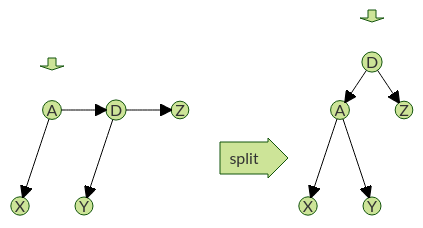
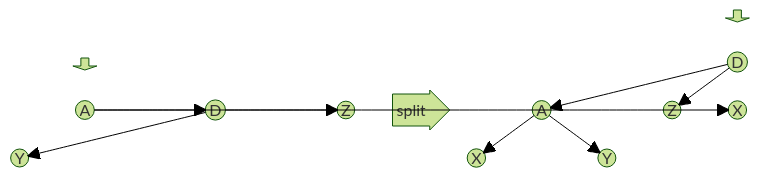
One commit to BenhurUFSM/l226b changed the third of 3 diagrams in Assuntos/arvore-aa.md. Above: the diagram before and after it, drawn with Mermaid (forest theme).

````diff
--- a/Assuntos/arvore-aa.md
+++ b/Assuntos/arvore-aa.md
@@ -72,17 +72,17 @@
 ```mermaid
 block
   columns 13
   space:11 p2<[" "]>(down) space
   space p1<[" "]>(down) space:9 r2(("D")) space
-  space r1(("A")) space d1(("D")) space dd1(("Z")) space:3 space e2(("A")) space d2(("Z"))
-  space:6 f<["split"]>(right):3 space:4
+  space r1(("A")) space d1(("D")) space dd1(("Z")) f<["split"]>(right) space e2(("A")) space d2(("Z"))
+  %%space:6 f<["split"]>(right):3 space:4
   e1(("X")) space de1(("Y")) space:3 space:3 ee2(("X")) space ed2(("Y")) space:2
   r1-->e1
   r1-->d1
   d1-->dd1
   d1-->de1
   r2-->e2
   r2-->d2
   e2-->ee2
   e2-->ed2
 ```
````
